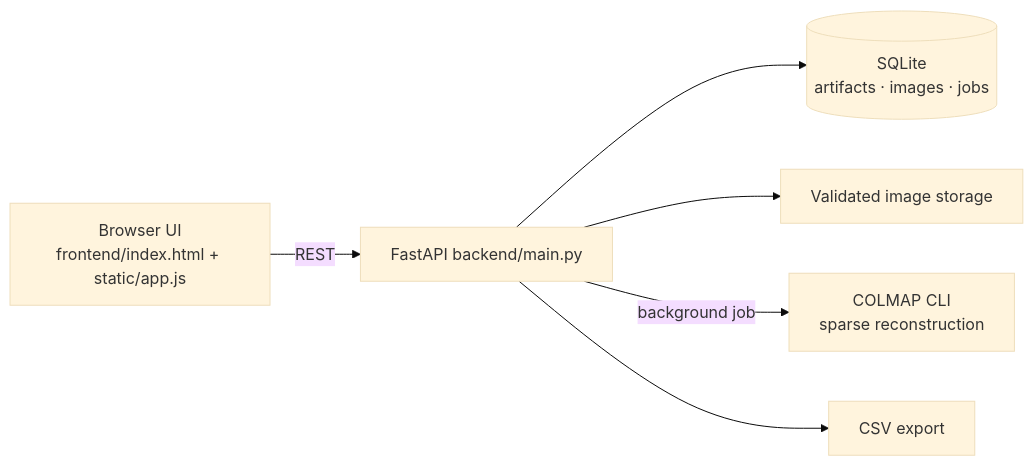
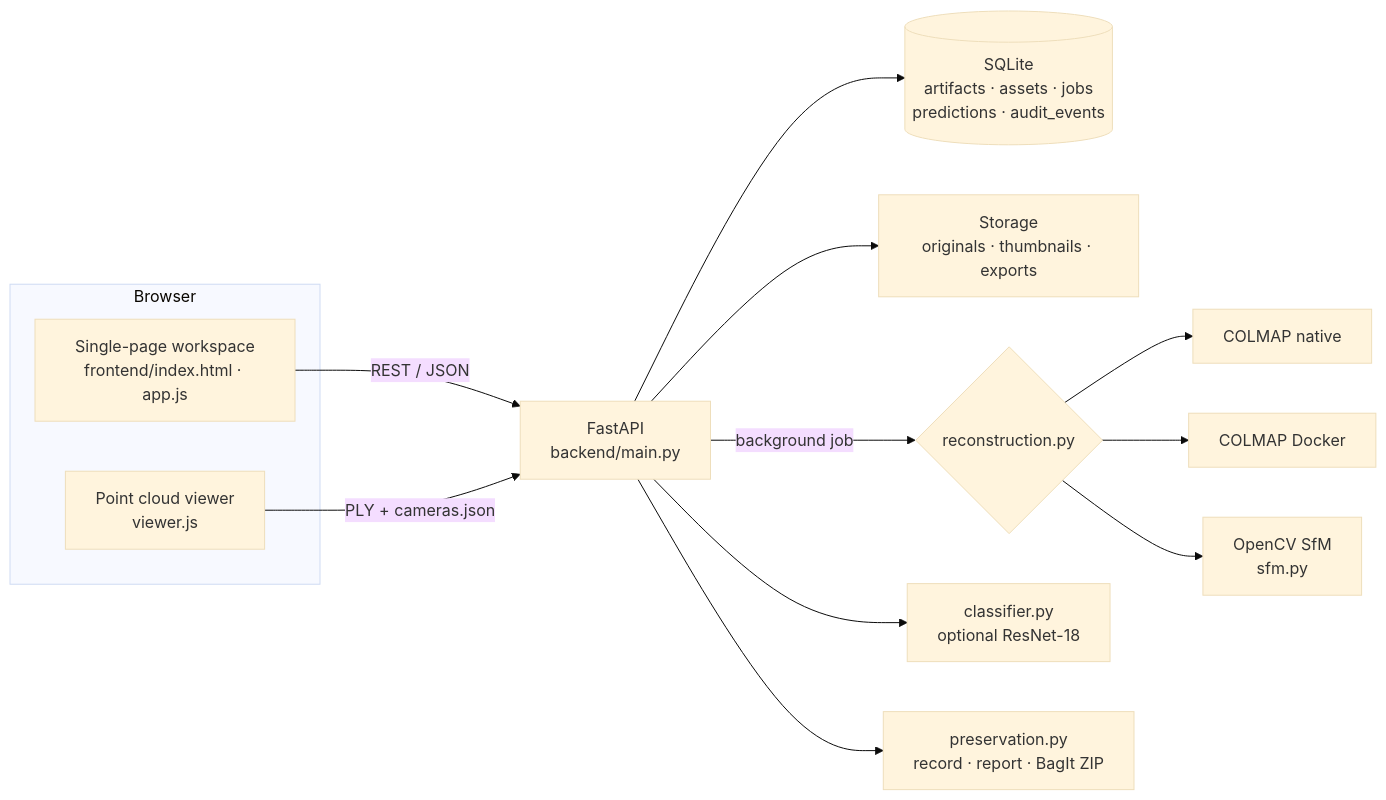
Before and after one commit to nvaltryek-001/Artifactscan-: the diagram in README.md, drawn with Mermaid (base theme). The commit also changed other lines of this file and 54 other files, not shown here.

````diff
--- a/README.md
+++ b/README.md
@@ -9,8 +144,17 @@
 ```mermaid
 flowchart LR
-  UI[Browser UI<br/>frontend/index.html + static/app.js] -->|REST| API[FastAPI backend/main.py]
-  API --> DB[(SQLite<br/>artifacts · images · jobs)]
-  API --> FS[Validated image storage]
-  API -->|background job| COL[COLMAP CLI<br/>sparse reconstruction]
-  API --> CSV[CSV export]
+  subgraph Browser
+    UI[Single-page workspace<br/>frontend/index.html · app.js]
+    V[Point cloud viewer<br/>viewer.js]
+  end
+  UI -->|REST / JSON| API[FastAPI<br/>backend/main.py]
+  V -->|PLY + cameras.json| API
+  API --> DB[(SQLite<br/>artifacts · assets · jobs<br/>predictions · audit_events)]
+  API --> FS[Storage<br/>originals · thumbnails · exports]
+  API -->|background job| R{reconstruction.py}
+  R --> C1[COLMAP native]
+  R --> C2[COLMAP Docker]
+  R --> C3[OpenCV SfM<br/>sfm.py]
+  API --> CL[classifier.py<br/>optional ResNet-18]
+  API --> P[preservation.py<br/>record · report · BagIt ZIP]
 ```
````
